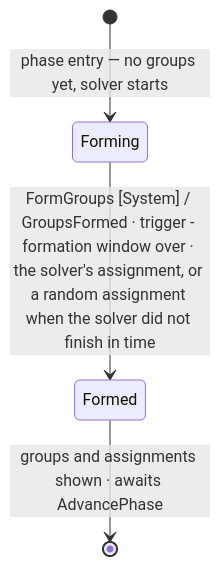
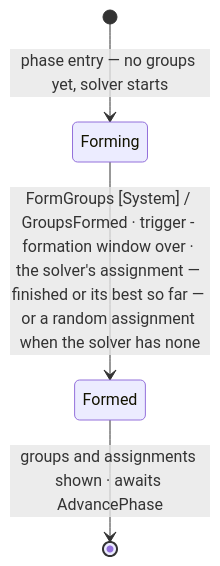
One commit to JakobKrummeich/ValuesWorkshop changed the third of 7 diagrams in design/state-machine.md. Above: the diagram before and after it, drawn with Mermaid. The commit also changed other lines of this file and 5 other files, not shown here.

````diff
--- a/design/state-machine.md
+++ b/design/state-machine.md
@@ -143,9 +143,9 @@
 ```mermaid
 stateDiagram-v2
     state "Forming" as Forming
     state "Formed" as Formed
 
     [*] --> Forming : phase entry — no groups yet, solver starts
-    Forming --> Formed : FormGroups [System] / GroupsFormed · trigger - formation window over · the solver's assignment, or a random assignment when the solver did not finish in time
+    Forming --> Formed : FormGroups [System] / GroupsFormed · trigger - formation window over · the solver's assignment — finished or its best so far — or a random assignment when the solver has none
     Formed --> [*] : groups and assignments shown · awaits AdvancePhase
 ```
````
